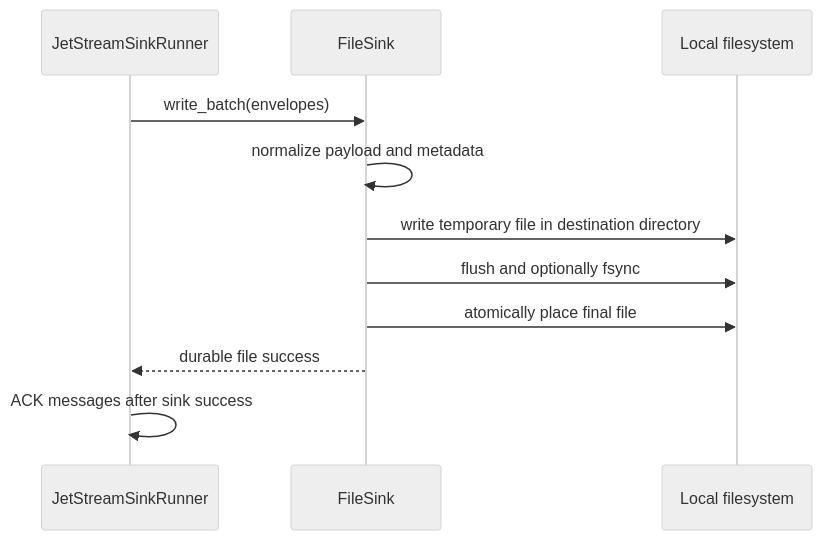
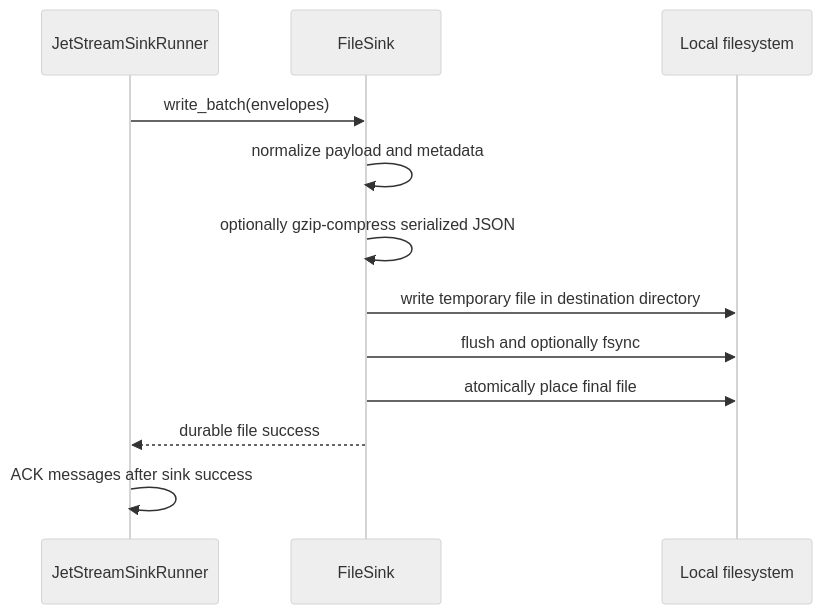
Before and after one commit to ProjectCuillin/nats-sinks: the second of 5 diagrams in docs/test-report.md, drawn with Mermaid (neutral theme). The commit also changed other lines of this file and 32 other files, not shown here.

````diff
--- a/docs/test-report.md
+++ b/docs/test-report.md
@@ -110,14 +131,15 @@
 ```mermaid
 sequenceDiagram
     participant R as JetStreamSinkRunner
     participant F as FileSink
     participant FS as Local filesystem
 
     R->>F: write_batch(envelopes)
     F->>F: normalize payload and metadata
+    F->>F: optionally gzip-compress serialized JSON
     F->>FS: write temporary file in destination directory
     F->>FS: flush and optionally fsync
     F->>FS: atomically place final file
     F-->>R: durable file success
     R->>R: ACK messages after sink success
 ```
````
